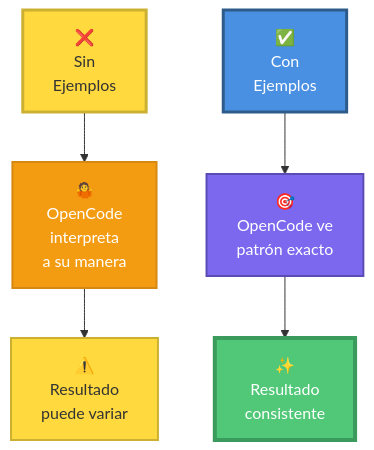
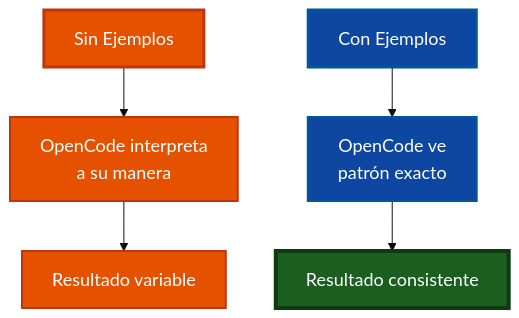
The sixth of 18 diagrams in courses/🟡-development/FPUNA-2026/00-FUNDAMENTOS-PRINCIPALES/03-ingenieria-prompts.md (Ai-Whisperers/Courses-Content), drawn with Mermaid before and after one commit. The commit also changed other lines of this file and 47 other files, not shown here.

First line of the commit message:
fix: Make all 473 diagrams WCAG AAA accessible (FPUNA-2026)

````diff
--- a/courses/🟡-development/FPUNA-2026/00-FUNDAMENTOS-PRINCIPALES/03-ingenieria-prompts.md
+++ b/courses/🟡-development/FPUNA-2026/00-FUNDAMENTOS-PRINCIPALES/03-ingenieria-prompts.md
@@ -380,15 +385,16 @@
 ```mermaid
+%%{init: {'theme':'base', 'themeVariables': {'fontSize':'18px'}}}%%
 graph TB
-    A["❌<br/>Sin<br/>Ejemplos"] --> B["🤷<br/>OpenCode<br/>interpreta<br/>a su manera"]
-    B --> C["⚠️<br/>Resultado<br/>puede variar"]
+    A["Sin Ejemplos"] --> B["OpenCode interpreta<br>a su manera"]
+    B --> C["Resultado variable"]
     
-    D["✅<br/>Con<br/>Ejemplos"] --> E["🎯<br/>OpenCode ve<br/>patrón exacto"]
-    E --> F["✨<br/>Resultado<br/>consistente"]
+    D["Con Ejemplos"] --> E["OpenCode ve<br>patrón exacto"]
+    E --> F["Resultado consistente"]
     
-    style A fill:#FFD93D,stroke:#CCB031,stroke-width:3px,color:#333
-    style B fill:#F39C12,stroke:#D68910,stroke-width:2px,color:#fff
-    style C fill:#FFD93D,stroke:#CCB031,stroke-width:2px,color:#333
-    style D fill:#4A90E2,stroke:#2E5C8A,stroke-width:3px,color:#fff
-    style E fill:#7B68EE,stroke:#5A4BB5,stroke-width:2px,color:#fff
-    style F fill:#50C878,stroke:#3A9B5C,stroke-width:4px,color:#fff
+    style A fill:#e65100,stroke:#bf360c,stroke-width:3px,color:#fff
+    style B fill:#e65100,stroke:#bf360c,stroke-width:2px,color:#fff
+    style C fill:#e65100,stroke:#bf360c,stroke-width:2px,color:#fff
+    style D fill:#0d47a1,stroke:#01579b,stroke-width:3px,color:#fff
+    style E fill:#0d47a1,stroke:#01579b,stroke-width:2px,color:#fff
+    style F fill:#1b5e20,stroke:#0d3d0f,stroke-width:4px,color:#fff
 ```
````
